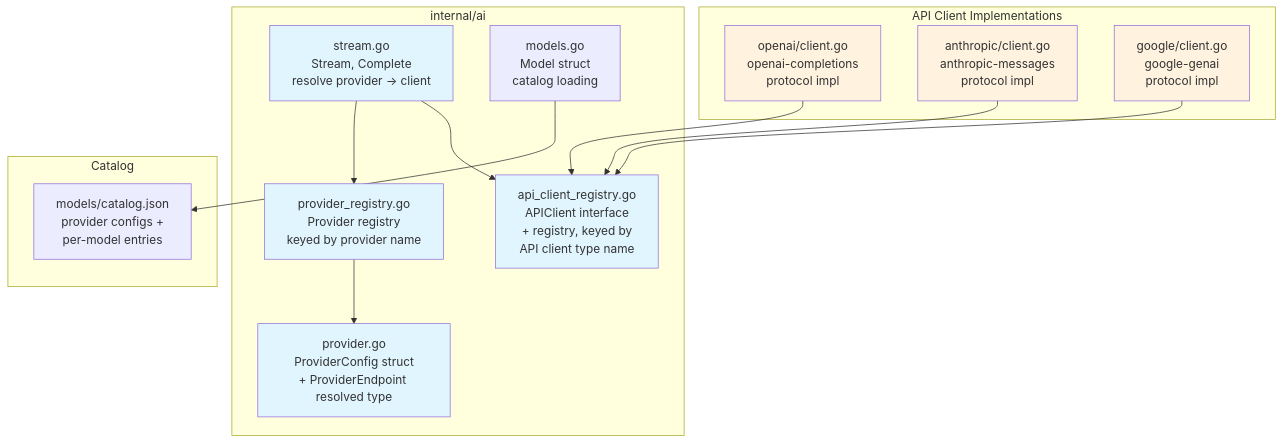
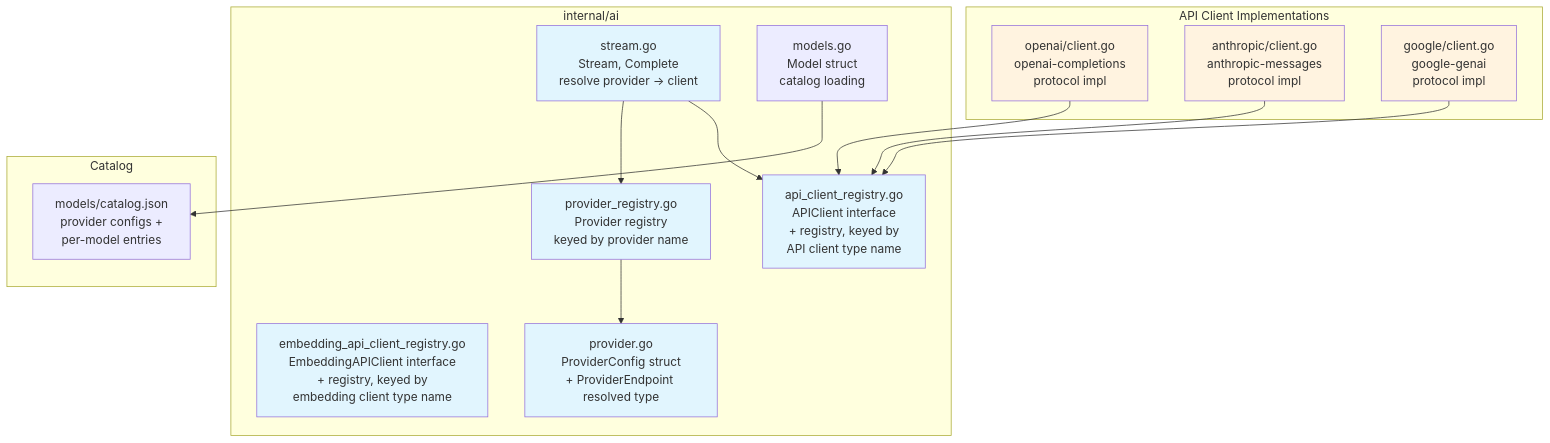
Before and after one commit to dcosson/flex-agent-runtime: the first of 3 diagrams in docs/plans/01-ai-core.add03.md, drawn with Mermaid. The commit also changed other lines of this file and 2 other files, not shown here.

````diff
--- a/docs/plans/01-ai-core.add03.md
+++ b/docs/plans/01-ai-core.add03.md
@@ -50,36 +51,38 @@
 ```mermaid
 graph TB
     subgraph "internal/ai"
         apiclient_registry[api_client_registry.go<br/>APIClient interface<br/>+ registry, keyed by<br/>API client type name]
+        embed_client_registry[embedding_api_client_registry.go<br/>EmbeddingAPIClient interface<br/>+ registry, keyed by<br/>embedding client type name]
         provider_config[provider.go<br/>ProviderConfig struct<br/>+ ProviderEndpoint resolved type]
         provider_registry[provider_registry.go<br/>Provider registry<br/>keyed by provider name]
         stream_entry[stream.go<br/>Stream, Complete<br/>resolve provider → client]
         models[models.go<br/>Model struct<br/>catalog loading]
     end
 
     subgraph "API Client Implementations"
         openai_client[openai/client.go<br/>openai-completions<br/>protocol impl]
         anthropic_client[anthropic/client.go<br/>anthropic-messages<br/>protocol impl]
         google_client[google/client.go<br/>google-genai<br/>protocol impl]
     end
 
     subgraph "Catalog"
         catalog_json[models/catalog.json<br/>provider configs +<br/>per-model entries]
     end
 
     stream_entry --> provider_registry
     stream_entry --> apiclient_registry
     provider_registry --> provider_config
     models --> catalog_json
     openai_client --> apiclient_registry
     anthropic_client --> apiclient_registry
     google_client --> apiclient_registry
 
     style apiclient_registry fill:#e1f5fe
+    style embed_client_registry fill:#e1f5fe
     style provider_config fill:#e1f5fe
     style provider_registry fill:#e1f5fe
     style stream_entry fill:#e1f5fe
     style openai_client fill:#fff3e0
     style anthropic_client fill:#fff3e0
     style google_client fill:#fff3e0
 ```
````
